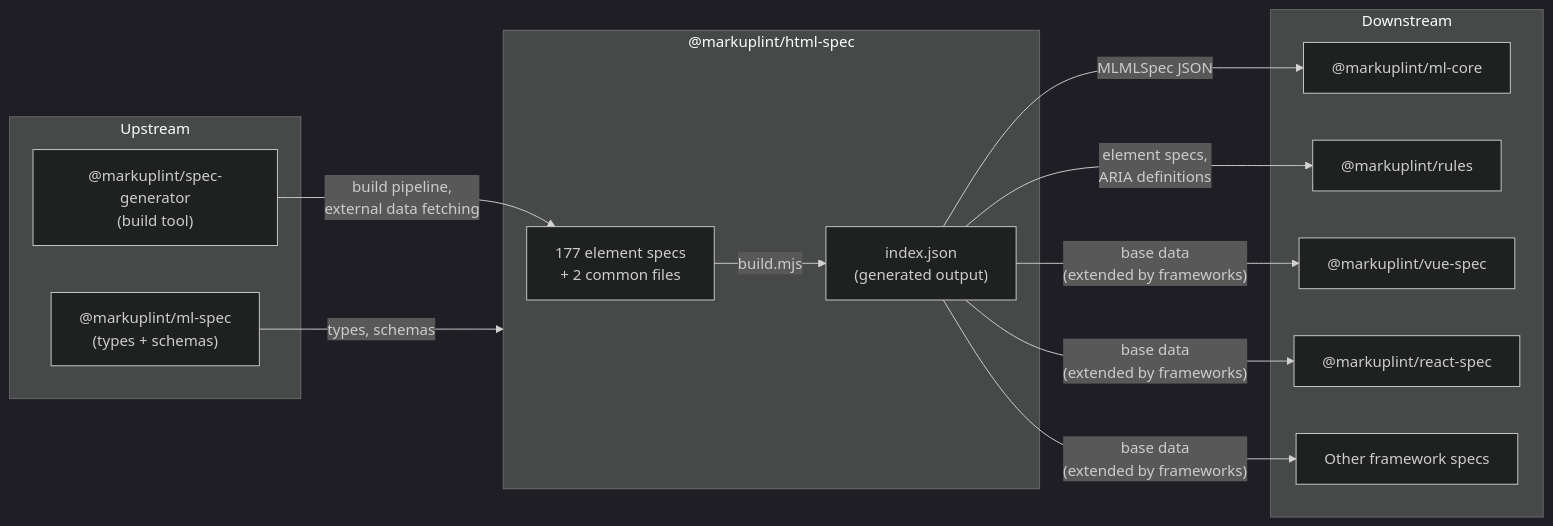
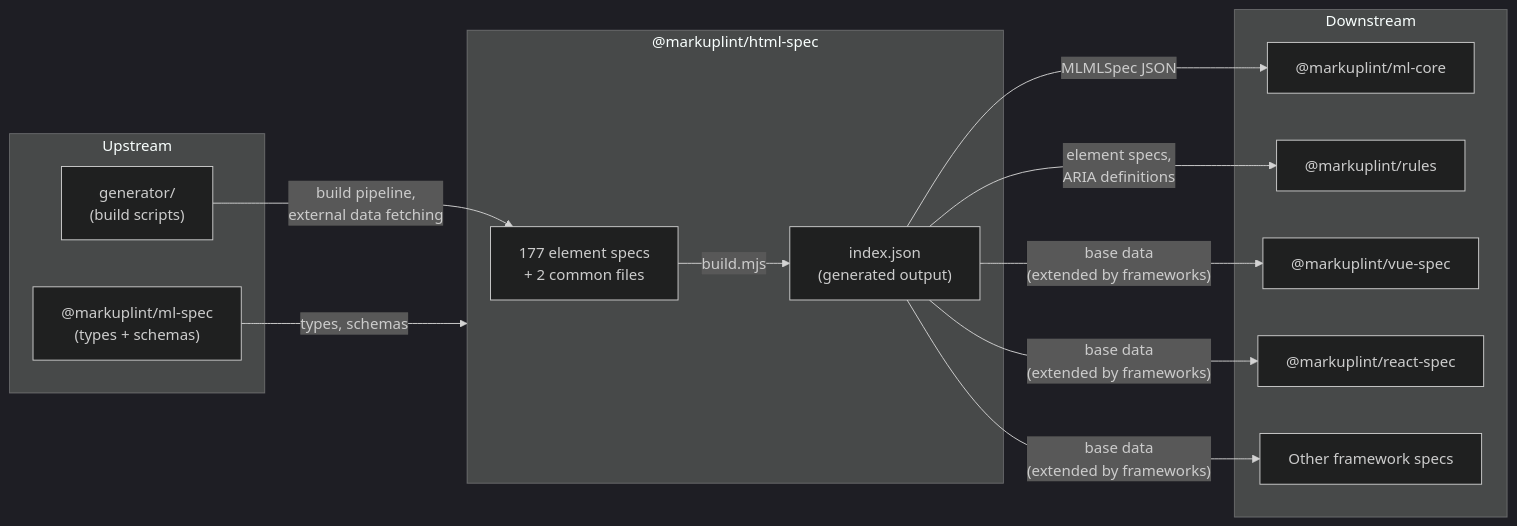
Before and after one commit to markuplint/markuplint: the second of 2 diagrams in packages/@markuplint/html-spec/ARCHITECTURE.md, drawn with Mermaid (dark theme). The commit also changed other lines of this file and 16 other files, not shown here.

First line of the commit message:
chore: remove stale @markuplint/spec-generator references

````diff
--- a/packages/@markuplint/html-spec/ARCHITECTURE.md
+++ b/packages/@markuplint/html-spec/ARCHITECTURE.md
@@ -160,31 +159,31 @@
 ```mermaid
 flowchart LR
     subgraph upstream ["Upstream"]
         mlSpec["@markuplint/ml-spec\n(types + schemas)"]
-        specGen["@markuplint/spec-generator\n(build tool)"]
+        specGen["generator/\n(build scripts)"]
     end
 
     subgraph pkg ["@markuplint/html-spec"]
         srcData["177 element specs\n+ 2 common files"]
         indexJson["index.json\n(generated output)"]
     end
 
     subgraph downstream ["Downstream"]
         mlCore["@markuplint/ml-core"]
         rules["@markuplint/rules"]
         vueSpec["@markuplint/vue-spec"]
         reactSpec["@markuplint/react-spec"]
         otherSpec["Other framework specs"]
     end
 
     mlSpec -->|"types, schemas"| pkg
     specGen -->|"build pipeline,\nexternal data fetching"| srcData
 
     srcData -->|"build.mjs"| indexJson
 
     indexJson -->|"MLMLSpec JSON"| mlCore
     indexJson -->|"element specs,\nARIA definitions"| rules
     indexJson -->|"base data\n(extended by frameworks)"| vueSpec
     indexJson -->|"base data\n(extended by frameworks)"| reactSpec
     indexJson -->|"base data\n(extended by frameworks)"| otherSpec
 ```
````
